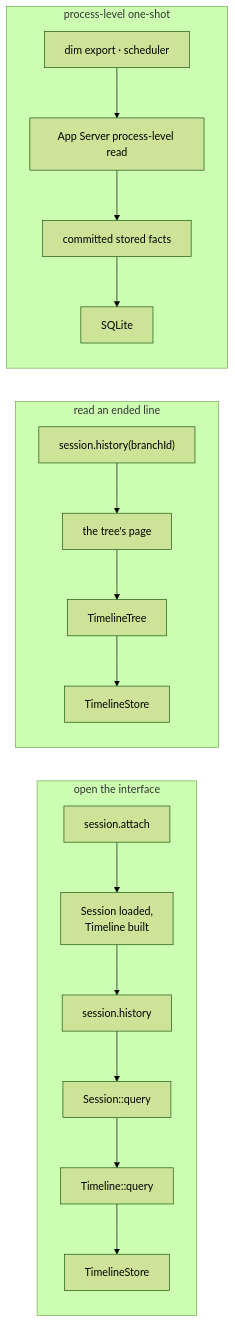
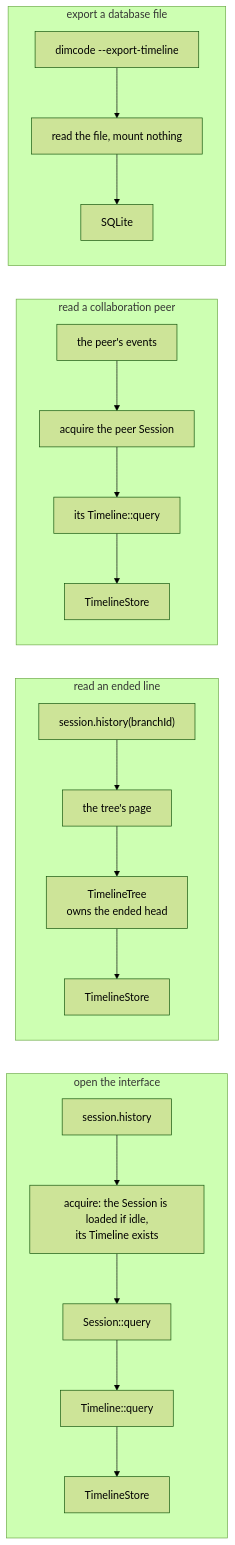
Before and after one commit to CoutinhoTTS/dim-agent: the diagram in docs/design/timeline-read-ownership.md, drawn with Mermaid (forest theme). The commit also changed other lines of this file and 2 other files, not shown here.

Commit message:
docs(adr): a read requires the object that owns the state

````diff
--- a/docs/design/timeline-read-ownership.md
+++ b/docs/design/timeline-read-ownership.md
@@ -29,14 +30,18 @@
 ```mermaid
 flowchart LR
   subgraph open["open the interface"]
-    A1["session.attach"] --> A2["Session loaded,<br/>Timeline built"] --> A3["session.history"] --> A4["Session::query"] --> A5["Timeline::query"] --> A6["TimelineStore"]
+    A1["session.history"] --> A2["acquire: the Session is loaded if idle,<br/>its Timeline exists"] --> A3["Session::query"] --> A4["Timeline::query"] --> A5["TimelineStore"]
   end
 
   subgraph ended["read an ended line"]
-    B1["session.history(branchId)"] --> B2["the tree's page"] --> B3["TimelineTree"] --> B4["TimelineStore"]
+    B1["session.history(branchId)"] --> B2["the tree's page"] --> B3["TimelineTree<br/>owns the ended head"] --> B4["TimelineStore"]
   end
 
-  subgraph one["process-level one-shot"]
-    C1["dim export · scheduler"] --> C2["App Server process-level read"] --> C3["committed stored facts"] --> C4["SQLite"]
+  subgraph peer["read a collaboration peer"]
+    C1["the peer's events"] --> C2["acquire the peer Session"] --> C3["its Timeline::query"] --> C4["TimelineStore"]
+  end
+
+  subgraph export["export a database file"]
+    D1["dimcode --export-timeline"] --> D2["read the file, mount nothing"] --> D3["SQLite"]
   end
 ```
````
